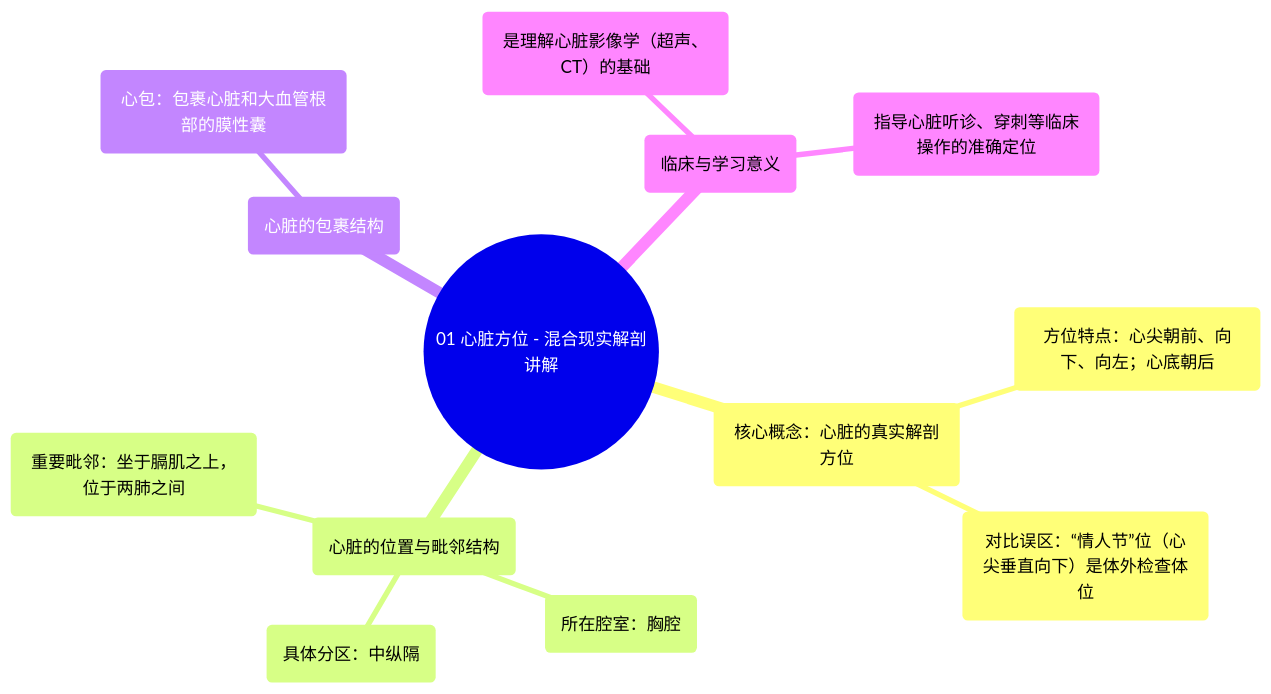
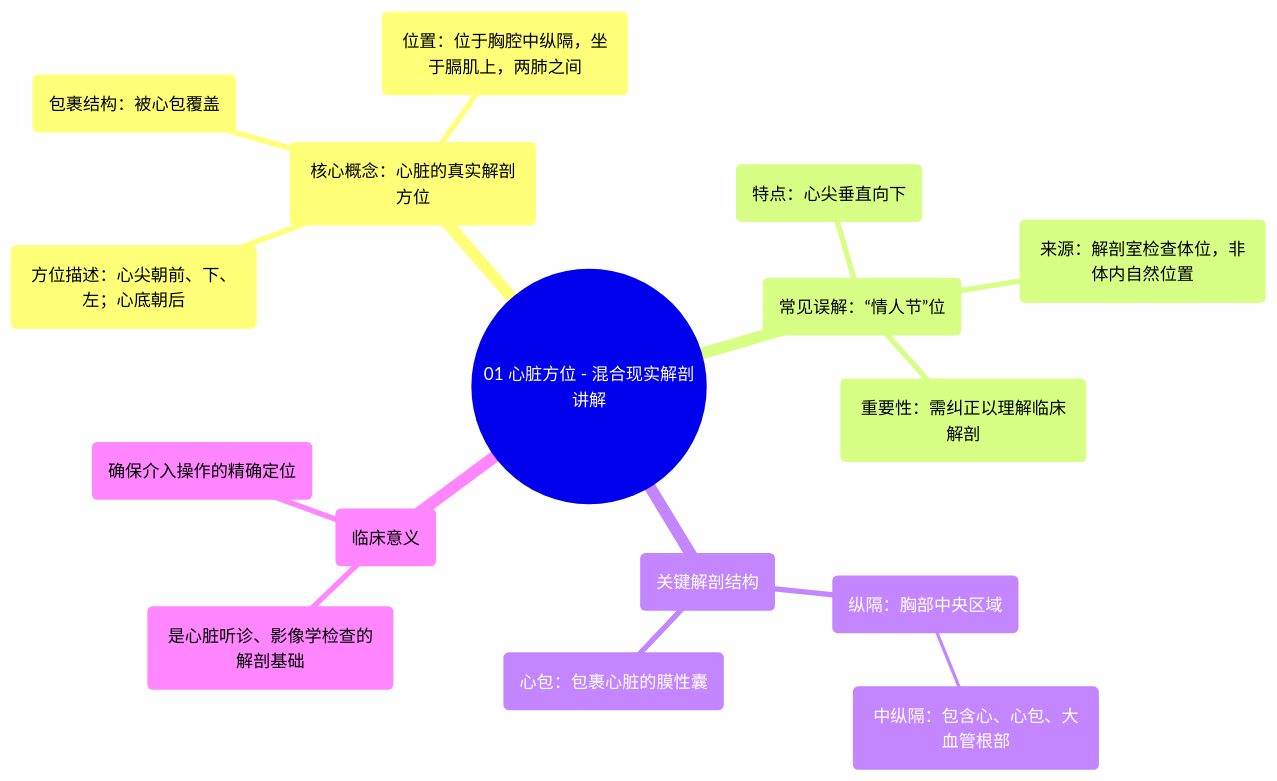
Before and after one commit to hello-47777/xinxueguan: the diagram in docs/专辑 01：心脏解剖学实景课 (Heart Anatomy - Course)/01 Heart Orientation - Anatomy Explained in Mixed Reality.md, drawn with Mermaid. The commit also changed other lines of this file and 1 other file, not shown here.

````diff
--- a/docs/专辑 01：心脏解剖学实景课 (Heart Anatomy - Course)/01 Heart Orientation - Anatomy Explained in Mixed Reality.md
+++ b/docs/专辑 01：心脏解剖学实景课 (Heart Anatomy - Course)/01 Heart Orientation - Anatomy Explained in Mixed Reality.md
@@ -41,16 +41,19 @@
 ```mermaid
 mindmap
   root(("01 心脏方位 - 混合现实解剖讲解"))
     ("核心概念：心脏的真实解剖方位")
-      ("方位特点：心尖朝前、向下、向左；心底朝后")
-      ("对比误区：“情人节”位（心尖垂直向下）是体外检查体位")
-    ("心脏的位置与毗邻结构")
-      ("所在腔室：胸腔")
-      ("具体分区：中纵隔")
-      ("重要毗邻：坐于膈肌之上，位于两肺之间")
-    ("心脏的包裹结构")
-      ("心包：包裹心脏和大血管根部的膜性囊")
-    ("临床与学习意义")
-      ("是理解心脏影像学（超声、CT）的基础")
-      ("指导心脏听诊、穿刺等临床操作的准确定位")
+      ("方位描述：心尖朝前、下、左；心底朝后")
+      ("位置：位于胸腔中纵隔，坐于膈肌上，两肺之间")
+      ("包裹结构：被心包覆盖")
+    ("常见误解：“情人节”位")
+      ("特点：心尖垂直向下")
+      ("来源：解剖室检查体位，非体内自然位置")
+      ("重要性：需纠正以理解临床解剖")
+    ("关键解剖结构")
+      ("纵隔：胸部中央区域")
+        ("中纵隔：包含心、心包、大血管根部")
+      ("心包：包裹心脏的膜性囊")
+    ("临床意义")
+      ("是心脏听诊、影像学检查的解剖基础")
+      ("确保介入操作的精确定位")
 ```
````
